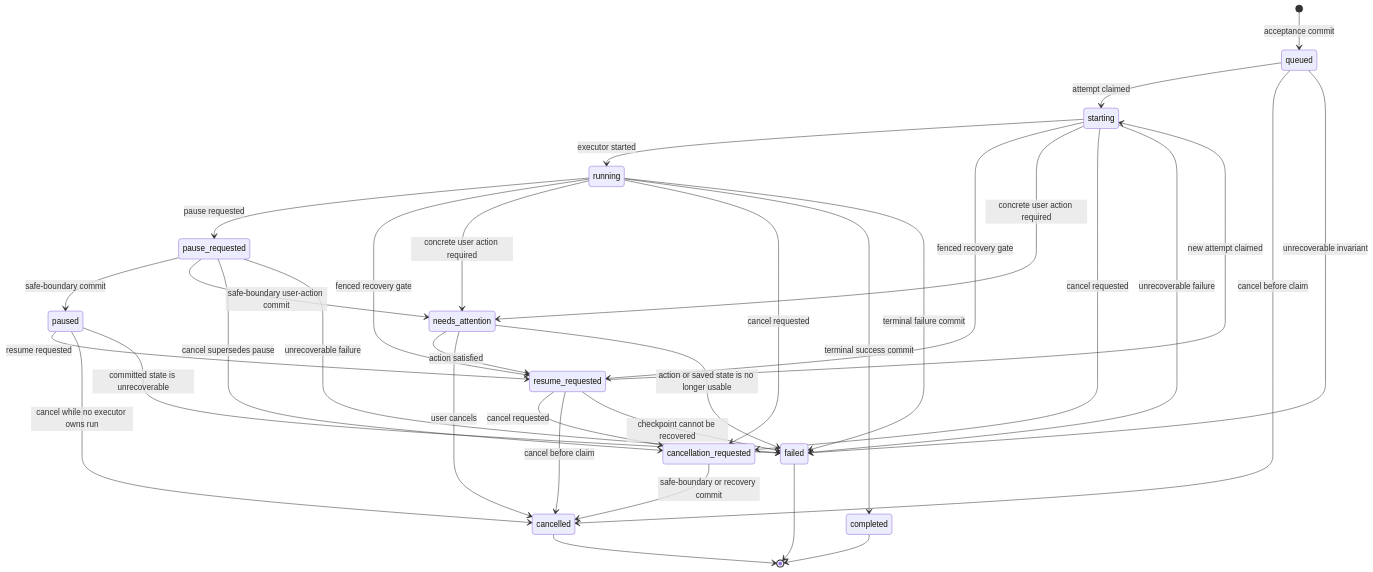
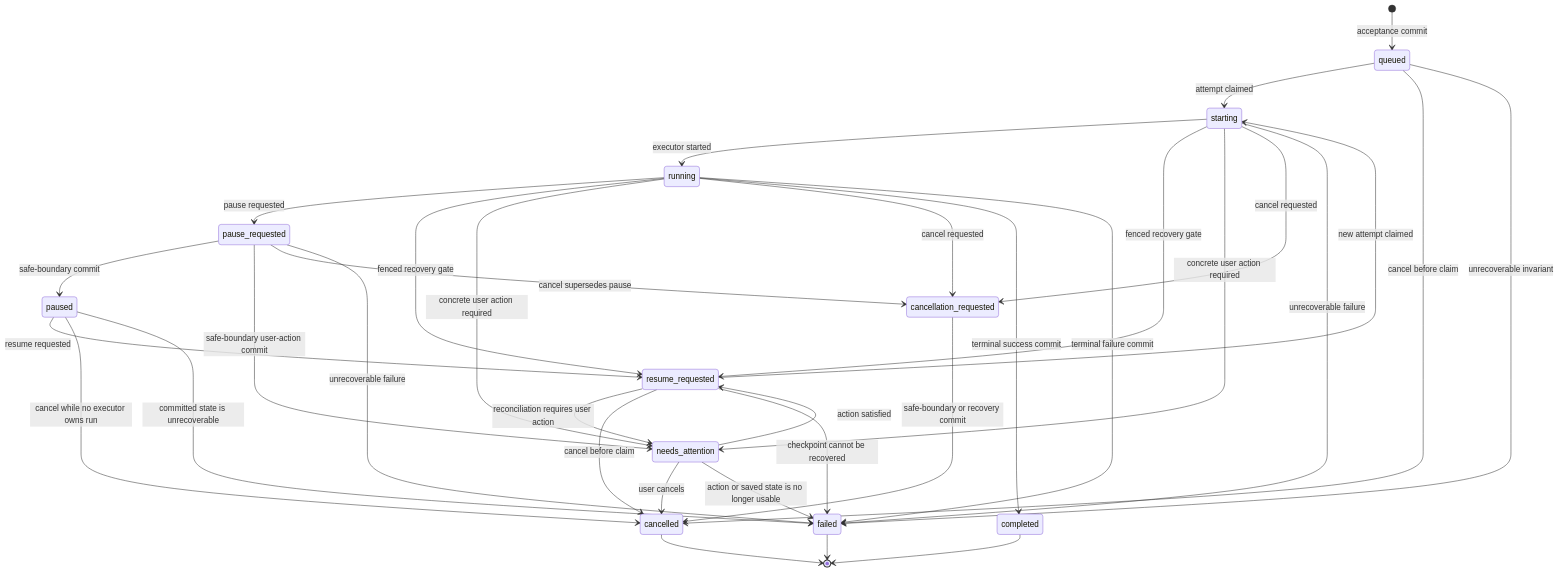
Before and after one commit to FrankQDWang/SeekTalent: the diagram in docs/plans/external-execution-plane-v1-task-semantics.md, drawn with Mermaid. The commit also changed other lines of this file, not shown here.

````diff
--- a/docs/plans/external-execution-plane-v1-task-semantics.md
+++ b/docs/plans/external-execution-plane-v1-task-semantics.md
@@ -232,44 +232,44 @@
 ```mermaid
 stateDiagram-v2
     [*] --> queued: acceptance commit
     queued --> starting: attempt claimed
     queued --> cancelled: cancel before claim
     queued --> failed: unrecoverable invariant
 
     starting --> running: executor started
     starting --> resume_requested: fenced recovery gate
     starting --> needs_attention: concrete user action required
     starting --> cancellation_requested: cancel requested
     starting --> failed: unrecoverable failure
 
     running --> pause_requested: pause requested
     running --> resume_requested: fenced recovery gate
     running --> needs_attention: concrete user action required
     running --> cancellation_requested: cancel requested
     running --> completed: terminal success commit
     running --> failed: terminal failure commit
 
     pause_requested --> paused: safe-boundary commit
     pause_requested --> needs_attention: safe-boundary user-action commit
     pause_requested --> cancellation_requested: cancel supersedes pause
     pause_requested --> failed: unrecoverable failure
 
     paused --> resume_requested: resume requested
     paused --> cancelled: cancel while no executor owns run
     paused --> failed: committed state is unrecoverable
 
     needs_attention --> resume_requested: action satisfied
     needs_attention --> cancelled: user cancels
     needs_attention --> failed: action or saved state is no longer usable
 
     resume_requested --> starting: new attempt claimed
-    resume_requested --> cancellation_requested: cancel requested
+    resume_requested --> needs_attention: reconciliation requires user action
     resume_requested --> cancelled: cancel before claim
     resume_requested --> failed: checkpoint cannot be recovered
 
     cancellation_requested --> cancelled: safe-boundary or recovery commit
 
     cancelled --> [*]
     completed --> [*]
     failed --> [*]
 ```
````
